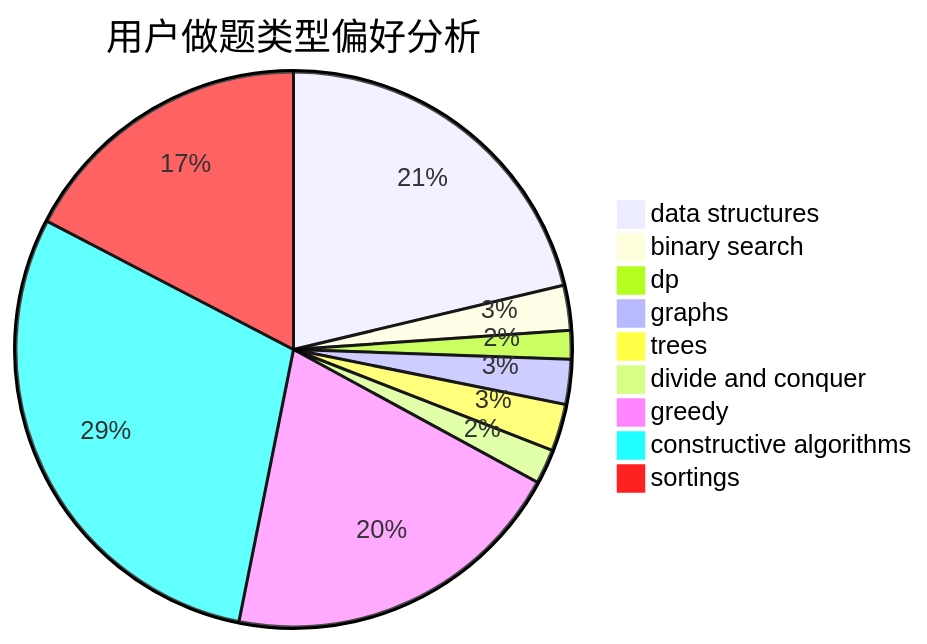
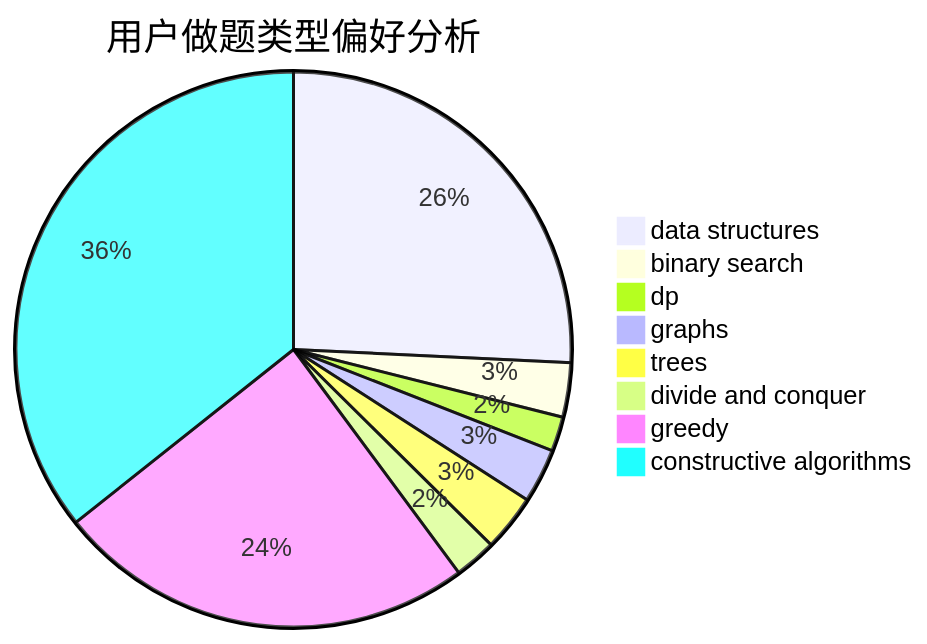
One commit to sherpahu/cfrs.github.io changed the second of 3 diagrams in docs/user/u670.md. Above: the diagram before and after it, drawn with Mermaid. The commit also changed other lines of this file and 2769 other files, not shown here.

````diff
--- a/docs/user/u670.md
+++ b/docs/user/u670.md
@@ -18,12 +18,11 @@
 ```mermaid
 pie title 用户做题类型偏好分析
     "data structures" :  179
     "binary search" :  22
     "dp" :  14
     "graphs" :  22
     "trees" :  23
     "divide and conquer" :  17
     "greedy" :  170
     "constructive algorithms" :  248
-    "sortings" :  146
 ```
````
